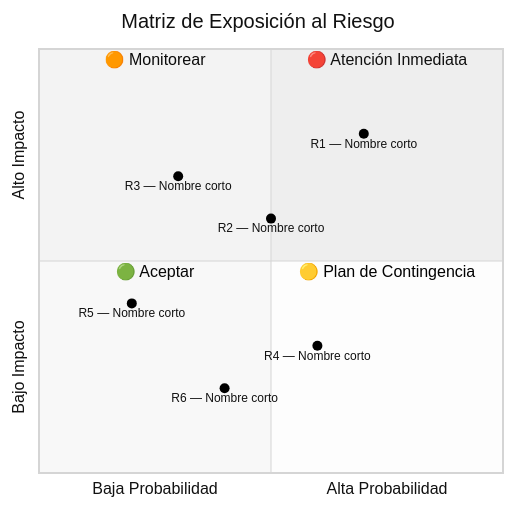
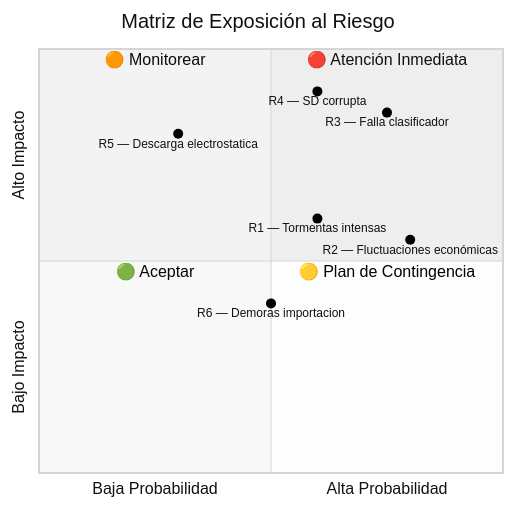
The diagram in matriz-exposicion.md (fatimalunazzz/GestionProyecto), drawn with Mermaid (neutral theme) before and after one commit. The commit also changed other lines of this file, not shown here.

Commit message:
Revise risk entries and actions in matriz-exposicion
Updated risk descriptions and their normalized values in the matrix.

````diff
--- a/matriz-exposicion.md
+++ b/matriz-exposicion.md
@@ -5,16 +5,16 @@
 ```mermaid
 quadrantChart
     title Matriz de Exposición al Riesgo
     x-axis Baja Probabilidad --> Alta Probabilidad
     y-axis Bajo Impacto --> Alto Impacto
     quadrant-1 "🔴 Atención Inmediata"
     quadrant-2 "🟠 Monitorear"
     quadrant-3 "🟢 Aceptar"
     quadrant-4 "🟡 Plan de Contingencia"
-    R1 — Nombre corto: [0.7, 0.8]
-    R2 — Nombre corto: [0.5, 0.6]
-    R3 — Nombre corto: [0.3, 0.7]
-    R4 — Nombre corto: [0.6, 0.3]
-    R5 — Nombre corto: [0.2, 0.4]
-    R6 — Nombre corto: [0.4, 0.2]
+    R1 —  Tormentas intensas: [0.6, 0.6]
+    R2 — Fluctuaciones económicas: [0.8, 0.55]
+    R3 — Falla clasificador: [0.75, 0.85]
+    R4 — SD corrupta: [0.6, 0.9]
+    R5 — Descarga electrostatica: [0.3, 0.8]
+    R6 — Demoras importacion: [0.5, 0.4]
 ```
````
